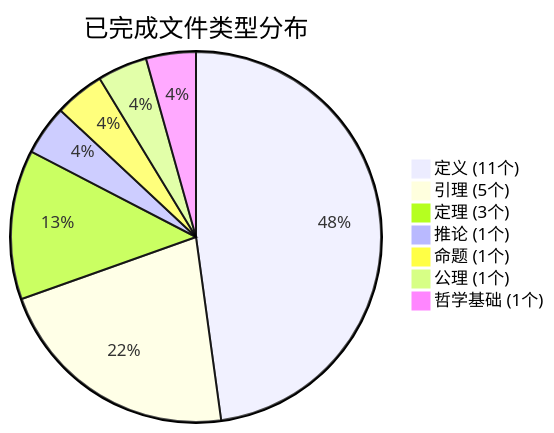
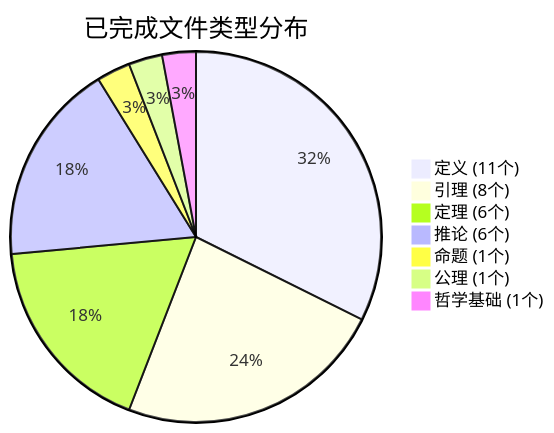
Before and after one commit to loning/the-binarymath: the sixth of 8 diagrams in docs/proof/README.md, drawn with Mermaid. The commit also changed other lines of this file and 23 other files, not shown here.

````diff
--- a/docs/proof/README.md
+++ b/docs/proof/README.md
@@ -293,10 +294,10 @@
 ```mermaid
 pie title 已完成文件类型分布
     "定义 (11个)" : 11
-    "引理 (5个)" : 5
-    "定理 (3个)" : 3
-    "推论 (1个)" : 1
+    "引理 (8个)" : 8
+    "定理 (6个)" : 6
+    "推论 (6个)" : 6
     "命题 (1个)" : 1
     "公理 (1个)" : 1
     "哲学基础 (1个)" : 1
 ```
````
